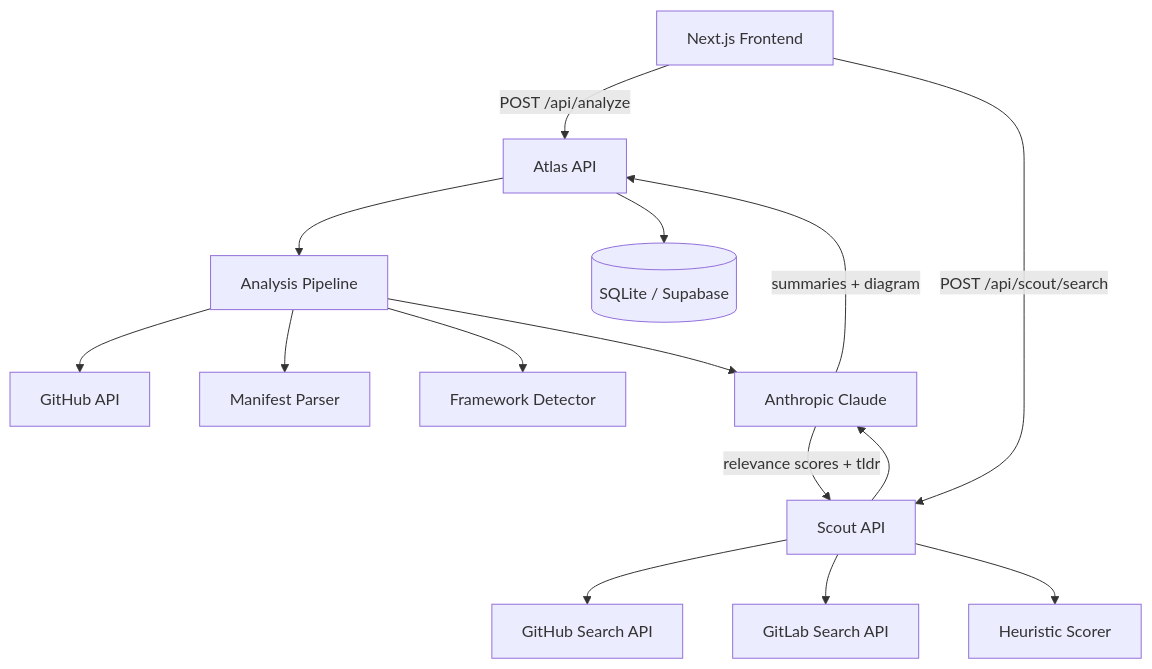
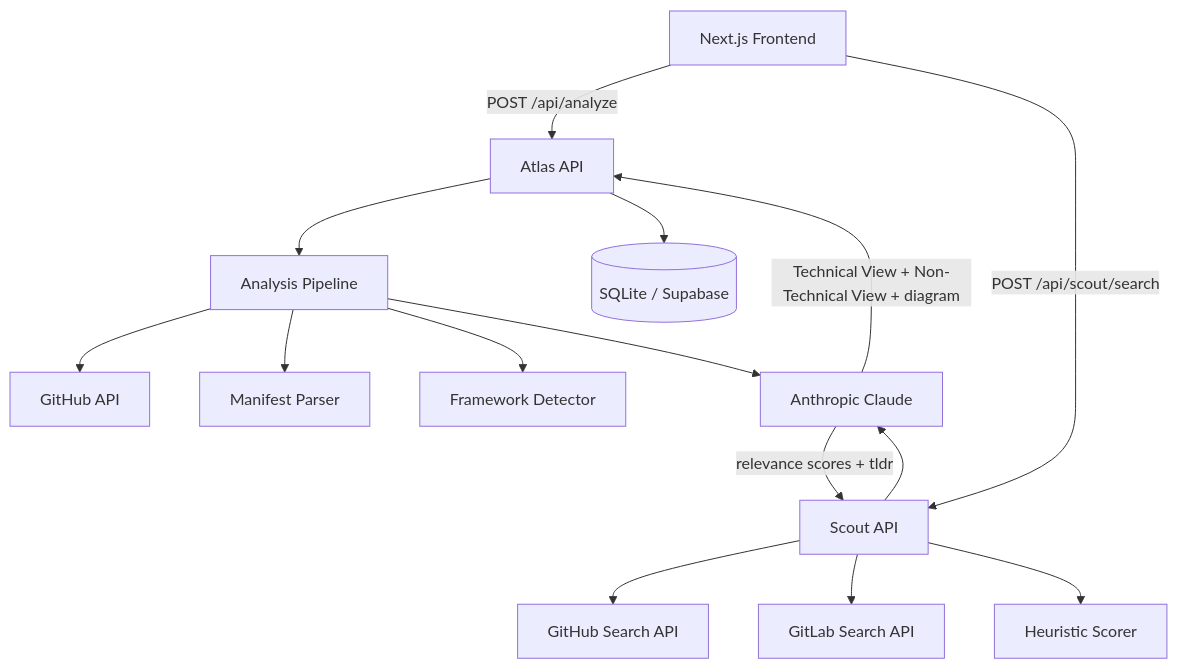
One commit to MentalVibez/AI_Architecture_Explainer changed the diagram in README.md. Above: the diagram before and after it, drawn with Mermaid. The commit also changed other lines of this file and 1 other file, not shown here.

First line of the commit message:
Update README files to reflect CodebaseAtlas rebrand

````diff
--- a/README.md
+++ b/README.md
@@ -50,22 +60,22 @@
 ```mermaid
 graph TD
     UI[Next.js Frontend]
 
     UI -->|POST /api/analyze| AtlasAPI[Atlas API]
     UI -->|POST /api/scout/search| ScoutAPI[Scout API]
 
     AtlasAPI --> Pipeline[Analysis Pipeline]
     Pipeline --> GitHub[GitHub API]
     Pipeline --> Manifests[Manifest Parser]
     Pipeline --> Detector[Framework Detector]
     Pipeline --> LLM[Anthropic Claude]
     AtlasAPI --> DB[(SQLite / Supabase)]
 
     ScoutAPI --> GHSearch[GitHub Search API]
     ScoutAPI --> GLSearch[GitLab Search API]
     ScoutAPI --> Scorer[Heuristic Scorer]
     ScoutAPI --> LLM
 
-    LLM -->|summaries + diagram| AtlasAPI
+    LLM -->|Technical View + Non-Technical View + diagram| AtlasAPI
     LLM -->|relevance scores + tldr| ScoutAPI
 ```
````
